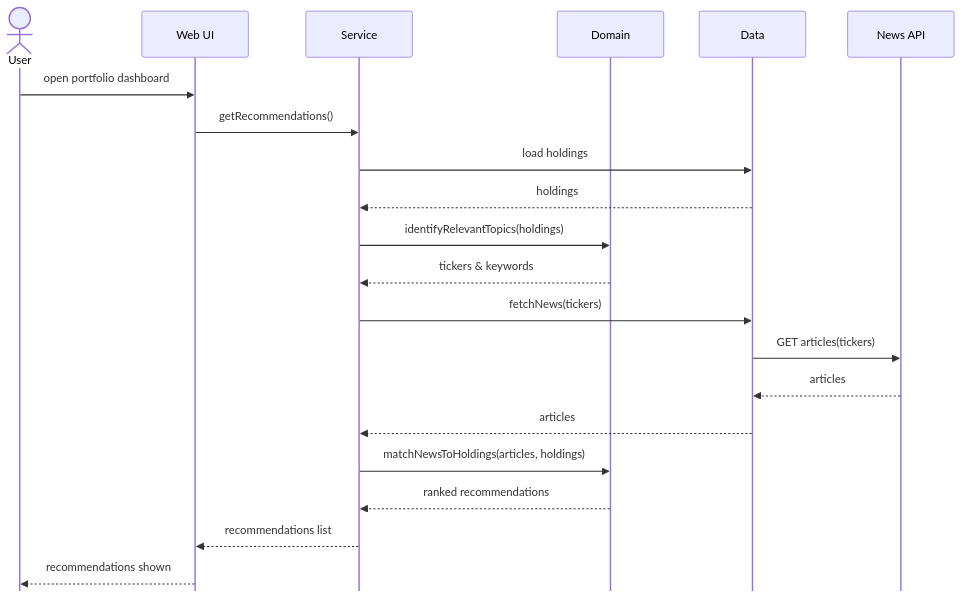
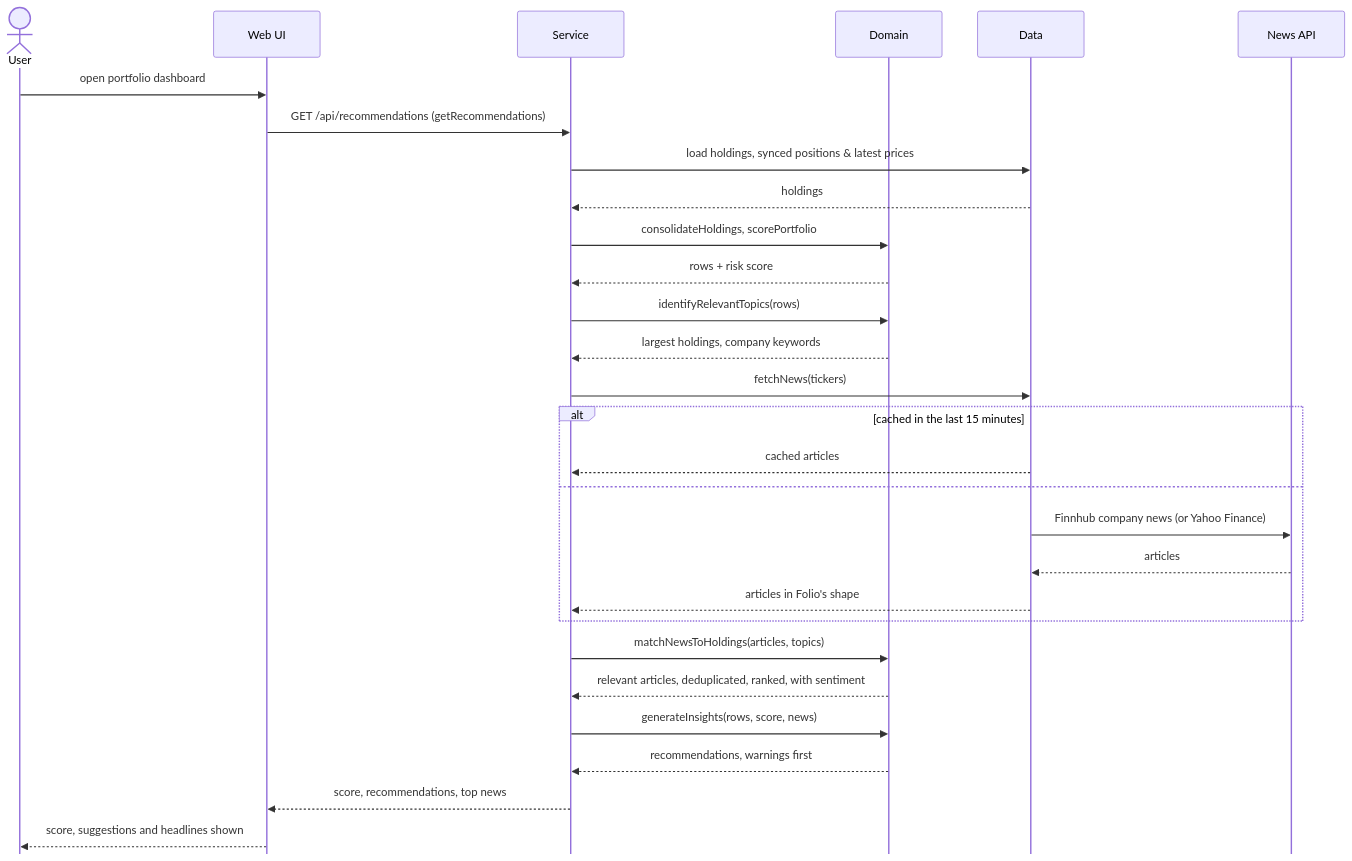
Before and after one commit to dquin144/cen5064-project-quinones: the fifth of 5 diagrams in README.md, drawn with Mermaid. The commit also changed other lines of this file and 19 other files, not shown here.

Commit message:
Add recommendations and news (UC4), with Claude-written advice

````diff
--- a/README.md
+++ b/README.md
@@ -248,25 +312,33 @@
 ```mermaid
 %%{init: {'sequence': {'messageMargin': 45, 'mirrorActors': false, 'boxMargin': 15}}}%%
 sequenceDiagram
     actor U as User
     participant UI as Web UI
     participant S as Service
     participant Dom as Domain
     participant D as Data
     participant N as News API
 
     U->>UI: open portfolio dashboard
-    UI->>S: getRecommendations()
-    S->>D: load holdings
+    UI->>S: GET /api/recommendations (getRecommendations)
+    S->>D: load holdings, synced positions & latest prices
     D-->>S: holdings
-    S->>Dom: identifyRelevantTopics(holdings)
-    Dom-->>S: tickers & keywords
+    S->>Dom: consolidateHoldings, scorePortfolio
+    Dom-->>S: rows + risk score
+    S->>Dom: identifyRelevantTopics(rows)
+    Dom-->>S: largest holdings, company keywords
     S->>D: fetchNews(tickers)
-    D->>N: GET articles(tickers)
-    N-->>D: articles
-    D-->>S: articles
-    S->>Dom: matchNewsToHoldings(articles, holdings)
-    Dom-->>S: ranked recommendations
-    S-->>UI: recommendations list
-    UI-->>U: recommendations shown
+    alt cached in the last 15 minutes
+        D-->>S: cached articles
+    else
+        D->>N: Finnhub company news (or Yahoo Finance)
+        N-->>D: articles
+        D-->>S: articles in Folio's shape
+    end
+    S->>Dom: matchNewsToHoldings(articles, topics)
+    Dom-->>S: relevant articles, deduplicated, ranked, with sentiment
+    S->>Dom: generateInsights(rows, score, news)
+    Dom-->>S: recommendations, warnings first
+    S-->>UI: score, recommendations, top news
+    UI-->>U: score, suggestions and headlines shown
 ```
````
